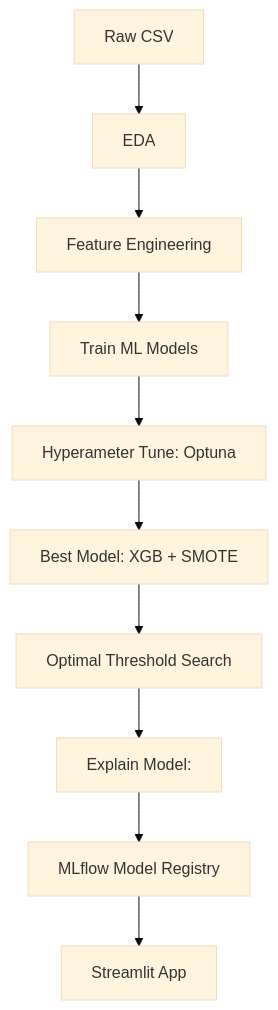
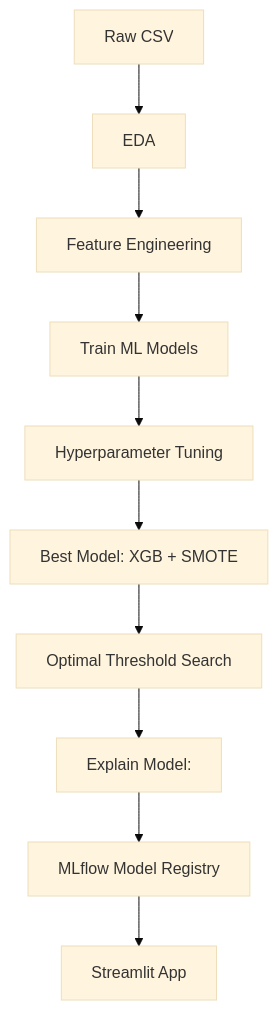
The diagram in README.md (sharkz0912/creditcard-fraud-detection), drawn with Mermaid (base theme) before and after one commit. The commit also changed other lines of this file, not shown here.

````diff
--- a/README.md
+++ b/README.md
@@ -16,12 +17,12 @@
 ```mermaid
 graph TD
     A[Raw CSV] --> B[EDA]
     B --> C[Feature Engineering]
     C --> D[Train ML Models]
-    D --> E[Hyperameter Tune: Optuna]
+    D --> E[Hyperparameter Tuning]
     E --> F[Best Model: XGB + SMOTE]
     F --> G[Optimal Threshold Search]
     G --> H[Explain Model: ]
     H --> I[MLflow Model Registry]
     I --> J[Streamlit App]
 ```
````
